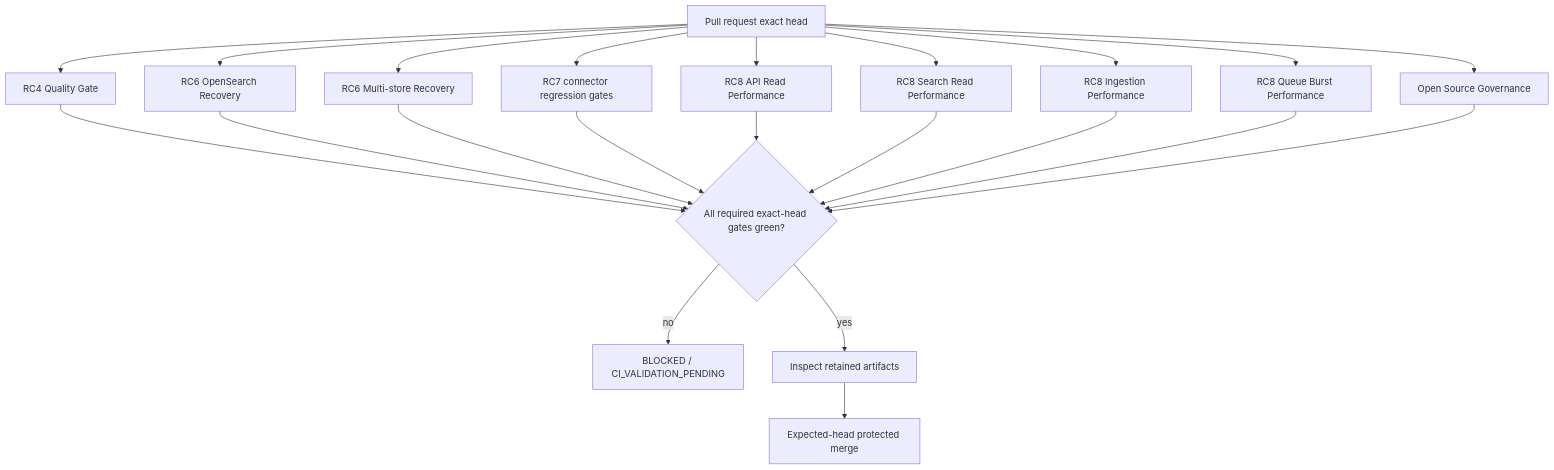
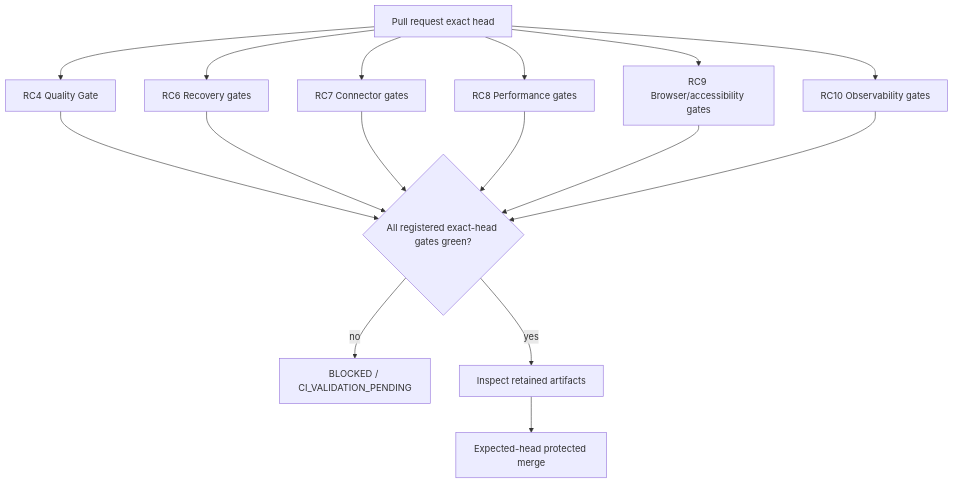
One commit to GJvManen/dtmo changed the third of 3 diagrams in docs/project/CURRENT_STATE.md. Above: the diagram before and after it, drawn with Mermaid. The commit also changed other lines of this file, not shown here.

````diff
--- a/docs/project/CURRENT_STATE.md
+++ b/docs/project/CURRENT_STATE.md
@@ -56,26 +64,20 @@
 ```mermaid
 flowchart TB
     PR[Pull request exact head] --> QG[RC4 Quality Gate]
-    PR --> R6A[RC6 OpenSearch Recovery]
-    PR --> R6B[RC6 Multi-store Recovery]
-    PR --> R7[RC7 connector regression gates]
-    PR --> R82[RC8 API Read Performance]
-    PR --> R83[RC8 Search Read Performance]
-    PR --> R84[RC8 Ingestion Performance]
-    PR --> R85[RC8 Queue Burst Performance]
-    PR --> OSG[Open Source Governance]
+    PR --> REC[RC6 Recovery gates]
+    PR --> CON[RC7 Connector gates]
+    PR --> PERF[RC8 Performance gates]
+    PR --> UX[RC9 Browser/accessibility gates]
+    PR --> OBS[RC10 Observability gates]
 
-    QG --> ACCEPT{All required exact-head gates green?}
-    R6A --> ACCEPT
-    R6B --> ACCEPT
-    R7 --> ACCEPT
-    R82 --> ACCEPT
-    R83 --> ACCEPT
-    R84 --> ACCEPT
-    R85 --> ACCEPT
-    OSG --> ACCEPT
+    QG --> ACCEPT{All registered exact-head gates green?}
+    REC --> ACCEPT
+    CON --> ACCEPT
+    PERF --> ACCEPT
+    UX --> ACCEPT
+    OBS --> ACCEPT
 
     ACCEPT -- no --> BLOCK[BLOCKED / CI_VALIDATION_PENDING]
     ACCEPT -- yes --> ART[Inspect retained artifacts]
     ART --> MERGE[Expected-head protected merge]
 ```
````
